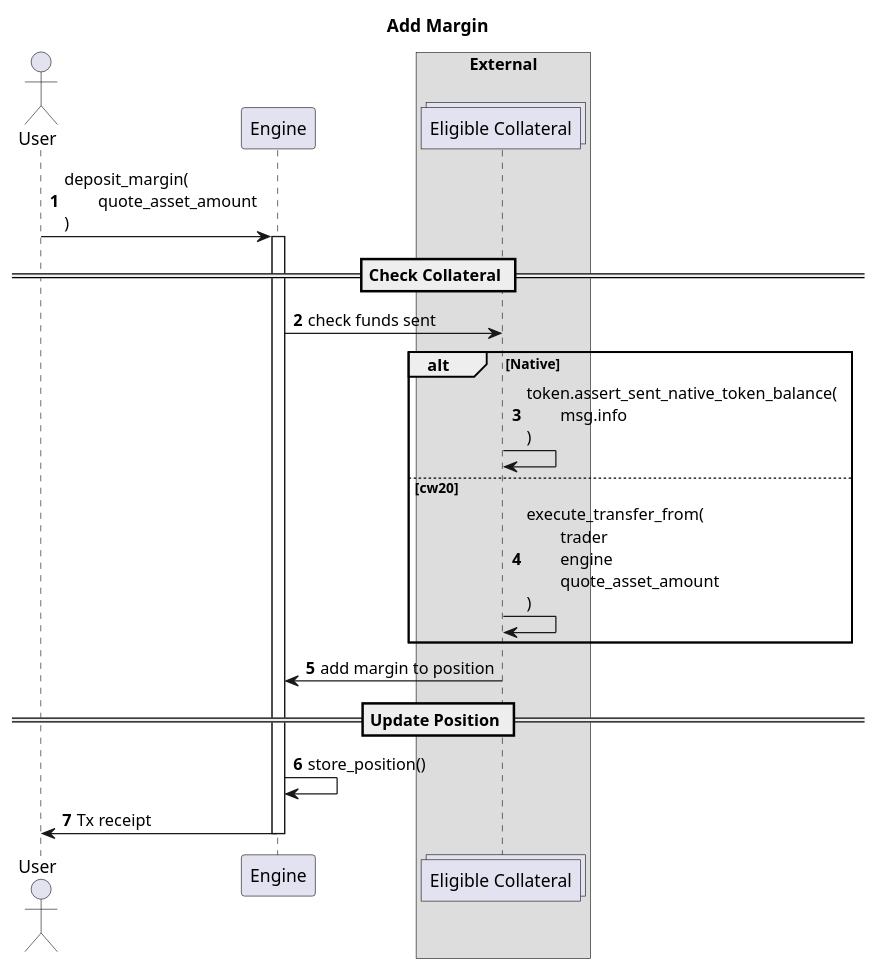
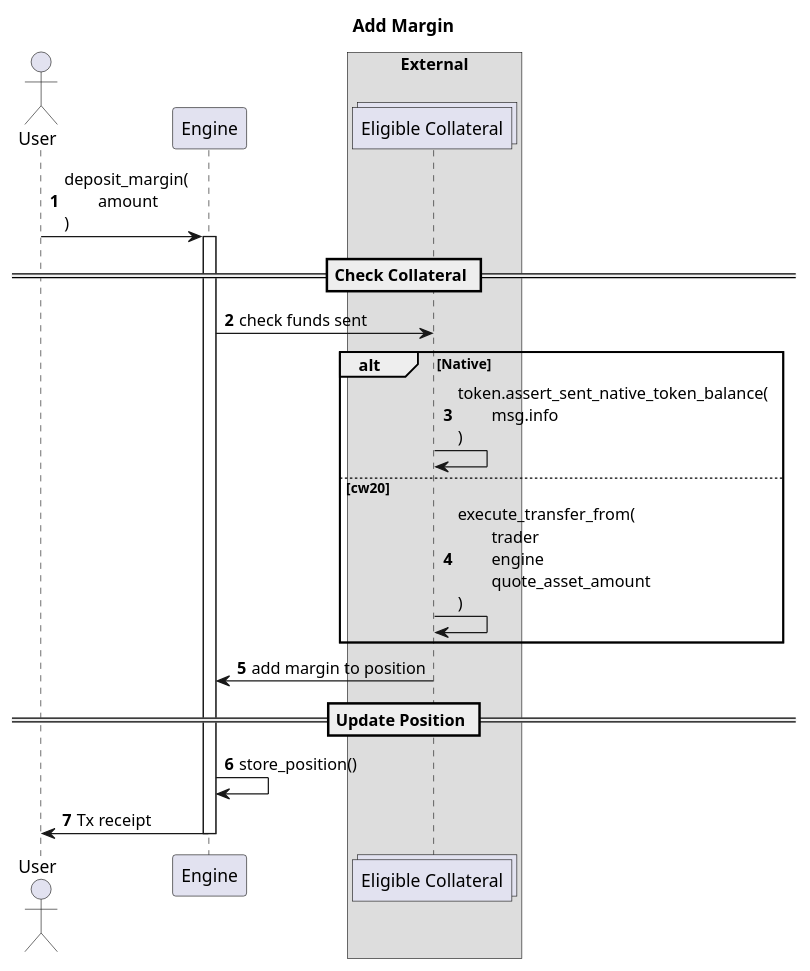
Before and after one commit to margined-protocol/docs: the diagram in architecture/diagrams/add-margin.puml, drawn with PlantUML. The commit also changed 9 other files, not shown here.

Commit message:
made changes to diagrams

```diff
--- a/architecture/diagrams/add-margin.puml
+++ b/architecture/diagrams/add-margin.puml
@@ -1,35 +1,35 @@
 @startuml
 
 autonumber
 actor User    
 
 participant "Engine" as engine
 
 box "External"
     collections "Eligible Collateral" as token
 end box
 
 
 title Add Margin
-User -> engine : deposit_margin(\n\tquote_asset_amount\n)
+User -> engine : deposit_margin(\n\tamount\n)
 activate engine
 
 == Check Collateral ==
 
 engine -> token : check funds sent
 alt Native
     token -> token : token.assert_sent_native_token_balance(\n\tmsg.info\n)
 else cw20
     token -> token : execute_transfer_from(\n\ttrader\n\tengine\n\tquote_asset_amount\n)
 end
 
 token -> engine : add margin to position
 
 == Update Position ==
 
 engine -> engine : store_position()
 
 engine -> User : Tx receipt
 deactivate engine
 
 @enduml
```
